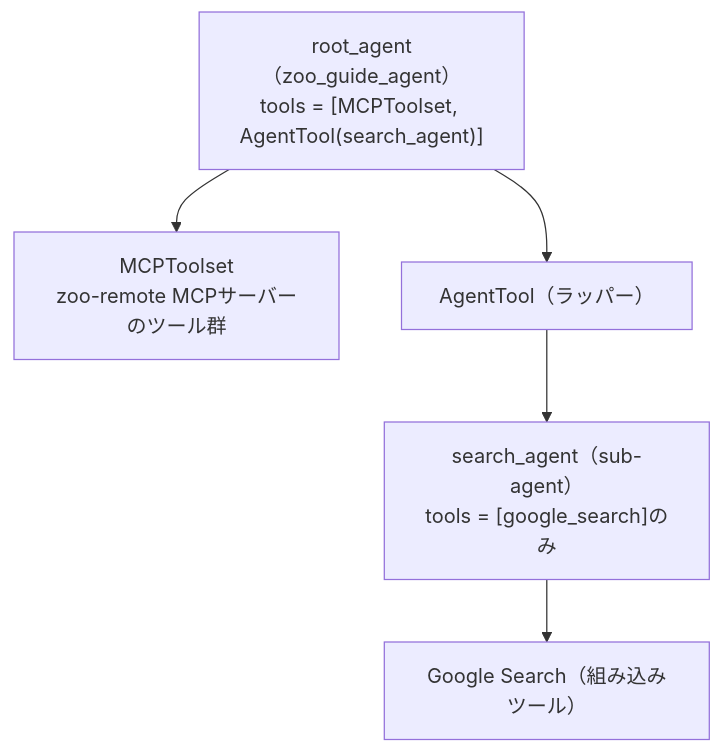
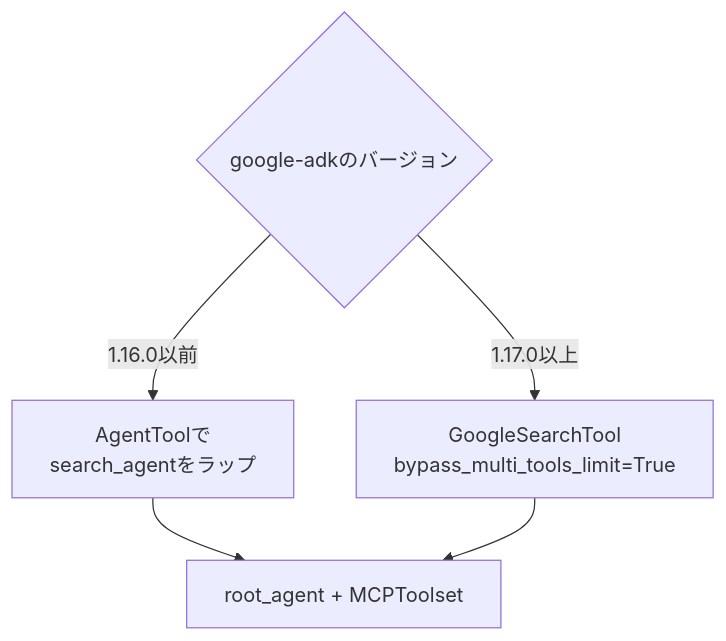
One commit to myoshi2891/Cloud-Infrastructure-Studies changed the fifth of 6 diagrams in Zoo-tour-guide-mcp-adk-challenge-lab-guide.md. Above: the diagram before and after it, drawn with Mermaid. The commit also changed other lines of this file, not shown here.

Commit message:
docs(zoo-tour): correct deployment and ADK guidance

````diff
--- a/Zoo-tour-guide-mcp-adk-challenge-lab-guide.md
+++ b/Zoo-tour-guide-mcp-adk-challenge-lab-guide.md
@@ -334,12 +384,8 @@
 ```mermaid
 flowchart TB
-    Root["root_agent（zoo_guide_agent）<br/>tools = [MCPToolset, AgentTool(search_agent)]"]
-    MCPToolset["MCPToolset<br/>zoo-remote MCPサーバーのツール群"]
-    AgentToolWrap["AgentTool（ラッパー）"]
-    SearchAgent["search_agent（sub-agent）<br/>tools = [google_search]のみ"]
-
-    Root --> MCPToolset
-    Root --> AgentToolWrap
-    AgentToolWrap --> SearchAgent
-    SearchAgent --> GoogleSearchAPI["Google Search（組み込みツール）"]
+    Version{"google-adkのバージョン"}
+    Version -->|"1.16.0以前"| Legacy["AgentToolで<br/>search_agentをラップ"]
+    Version -->|"1.17.0以上"| Current["GoogleSearchTool<br/>bypass_multi_tools_limit=True"]
+    Legacy --> Root["root_agent + MCPToolset"]
+    Current --> Root
 ```
````
